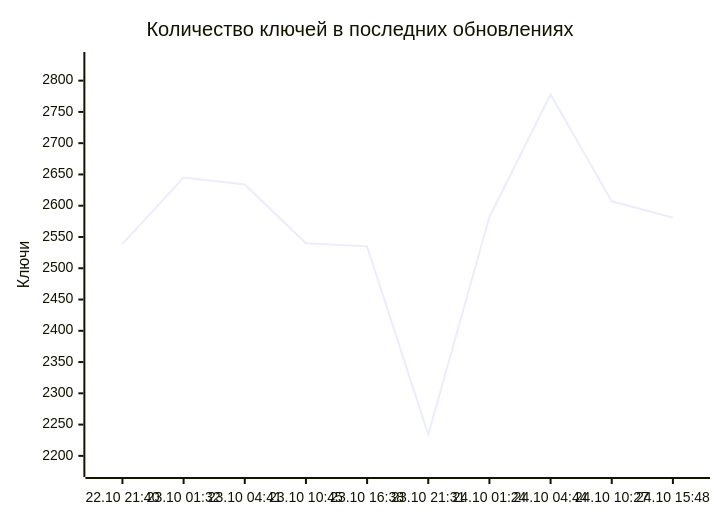
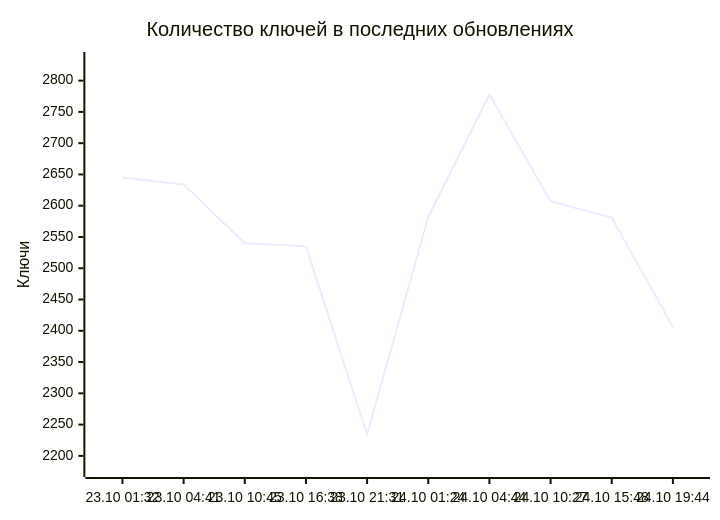
Before and after one commit to markKikhtenko/WireVeil: the diagram in README.md, drawn with Mermaid. The commit also changed other lines of this file and 12 other files, not shown here.

````diff
--- a/README.md
+++ b/README.md
@@ -55,7 +55,7 @@
 ```mermaid
 xychart-beta
     title "Количество ключей в последних обновлениях"
-    x-axis ["22.10 21:40", "23.10 01:32", "23.10 04:41", "23.10 10:45", "23.10 16:38", "23.10 21:31", "24.10 01:24", "24.10 04:44", "24.10 10:27", "24.10 15:48"]
+    x-axis ["23.10 01:32", "23.10 04:41", "23.10 10:45", "23.10 16:38", "23.10 21:31", "24.10 01:24", "24.10 04:44", "24.10 10:27", "24.10 15:48", "24.10 19:44"]
     y-axis "Ключи" 2179 --> 2833
-    line [2539, 2645, 2634, 2540, 2535, 2234, 2582, 2778, 2607, 2581]
+    line [2645, 2634, 2540, 2535, 2234, 2582, 2778, 2607, 2581, 2406]
 ```
````
